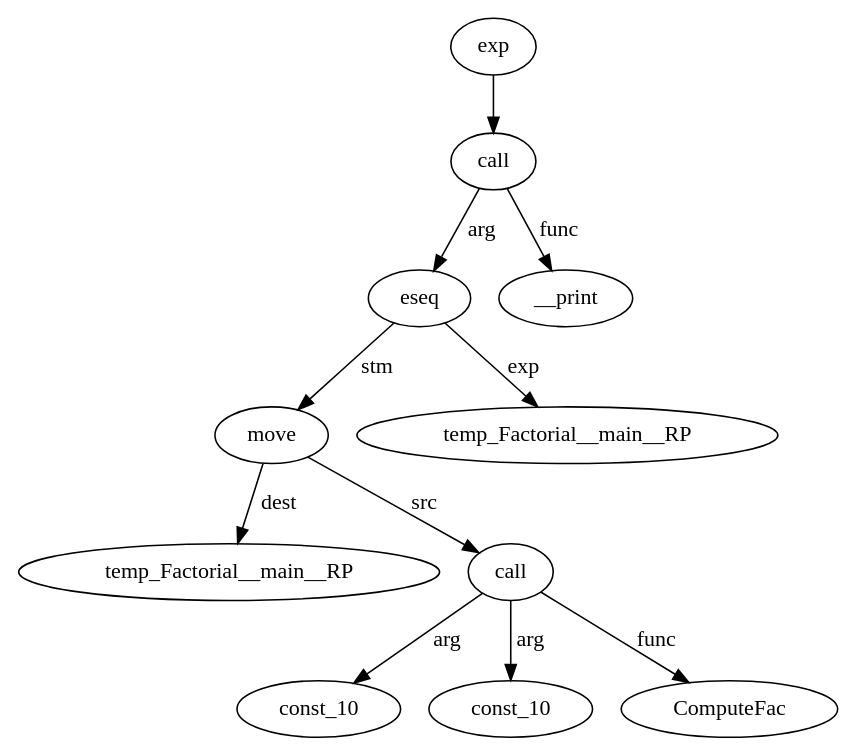
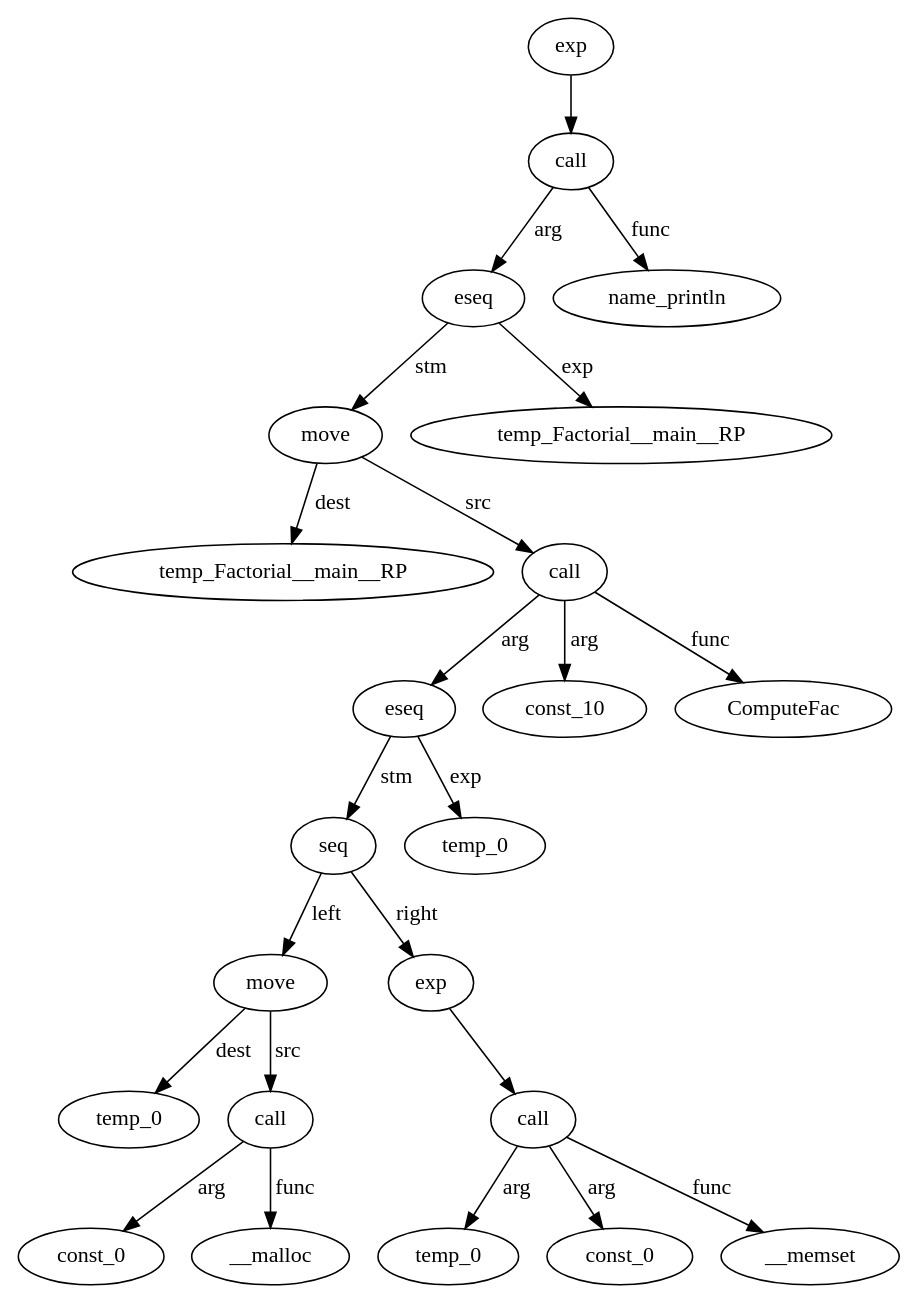
Before and after one commit to DanAnastasyev/MiniJavaCompiler: the diagram in MiniJavaCompiler/IRTree_Factorial__main.dot, drawn with Graphviz. The commit also changed 9 other files, not shown here.

```diff
--- a/MiniJavaCompiler/IRTree_Factorial__main.dot
+++ b/MiniJavaCompiler/IRTree_Factorial__main.dot
@@ -1,22 +1,44 @@
 digraph {
 temp_Factorial__main__RP__id_0 [ label="temp_Factorial__main__RP" ]; 
-const_10__id_1 [ label="const_10" ]; 
-const_10__id_2 [ label="const_10" ]; 
+temp_0__id_1 [ label="temp_0" ]; 
+const_0__id_2 [ label="const_0" ]; 
 call__id_3 [ label="call" ]; 
-call__id_3 -> ComputeFac [ label="func"] ; 
-call__id_3 -> const_10__id_1 [ label="arg"] ; 
-call__id_3 -> const_10__id_2 [ label="arg"] ; 
+call__id_3 -> __malloc [ label="func"] ; 
+call__id_3 -> const_0__id_2 [ label="arg"] ; 
 move__id_4 [ label="move" ]; 
-move__id_4 -> temp_Factorial__main__RP__id_0 [ label="dest"] ; 
+move__id_4 -> temp_0__id_1 [ label="dest"] ; 
 move__id_4 -> call__id_3 [ label="src"] ; 
-temp_Factorial__main__RP__id_5 [ label="temp_Factorial__main__RP" ]; 
-eseq__id_6 [ label="eseq" ]; 
-eseq__id_6 -> temp_Factorial__main__RP__id_5 [ label="exp"] ; 
-eseq__id_6 -> move__id_4 [ label="stm"] ; 
+temp_0__id_5 [ label="temp_0" ]; 
+const_0__id_6 [ label="const_0" ]; 
 call__id_7 [ label="call" ]; 
-call__id_7 -> __print [ label="func"] ; 
-call__id_7 -> eseq__id_6 [ label="arg"] ; 
+call__id_7 -> __memset [ label="func"] ; 
+call__id_7 -> temp_0__id_5 [ label="arg"] ; 
+call__id_7 -> const_0__id_6 [ label="arg"] ; 
 exp__id_8 [ label="exp" ]; 
 exp__id_8 -> call__id_7 ; 
+seq__id_9 [ label="seq" ]; 
+seq__id_9 -> move__id_4 [ label="left"] ; 
+seq__id_9 -> exp__id_8 [ label="right"] ; 
+temp_0__id_10 [ label="temp_0" ]; 
+eseq__id_11 [ label="eseq" ]; 
+eseq__id_11 -> temp_0__id_10 [ label="exp"] ; 
+eseq__id_11 -> seq__id_9 [ label="stm"] ; 
+const_10__id_12 [ label="const_10" ]; 
+call__id_13 [ label="call" ]; 
+call__id_13 -> ComputeFac [ label="func"] ; 
+call__id_13 -> eseq__id_11 [ label="arg"] ; 
+call__id_13 -> const_10__id_12 [ label="arg"] ; 
+move__id_14 [ label="move" ]; 
+move__id_14 -> temp_Factorial__main__RP__id_0 [ label="dest"] ; 
+move__id_14 -> call__id_13 [ label="src"] ; 
+temp_Factorial__main__RP__id_15 [ label="temp_Factorial__main__RP" ]; 
+eseq__id_16 [ label="eseq" ]; 
+eseq__id_16 -> temp_Factorial__main__RP__id_15 [ label="exp"] ; 
+eseq__id_16 -> move__id_14 [ label="stm"] ; 
+call__id_17 [ label="call" ]; 
+call__id_17 -> name_println [ label="func"] ; 
+call__id_17 -> eseq__id_16 [ label="arg"] ; 
+exp__id_18 [ label="exp" ]; 
+exp__id_18 -> call__id_17 ; 
 
 }
```
